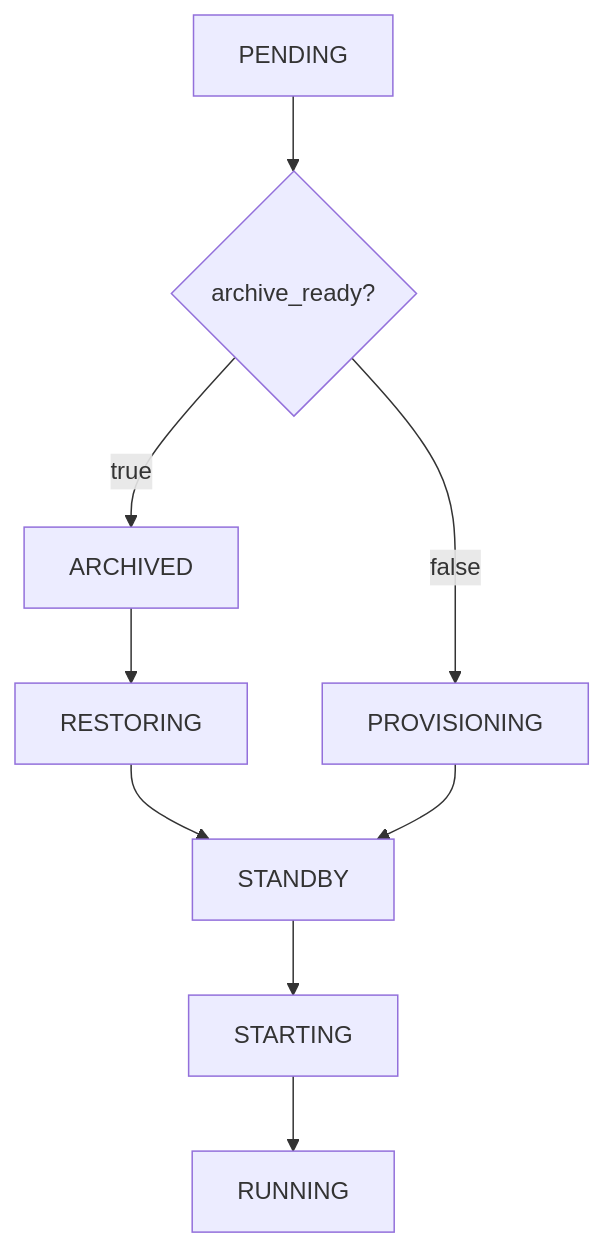
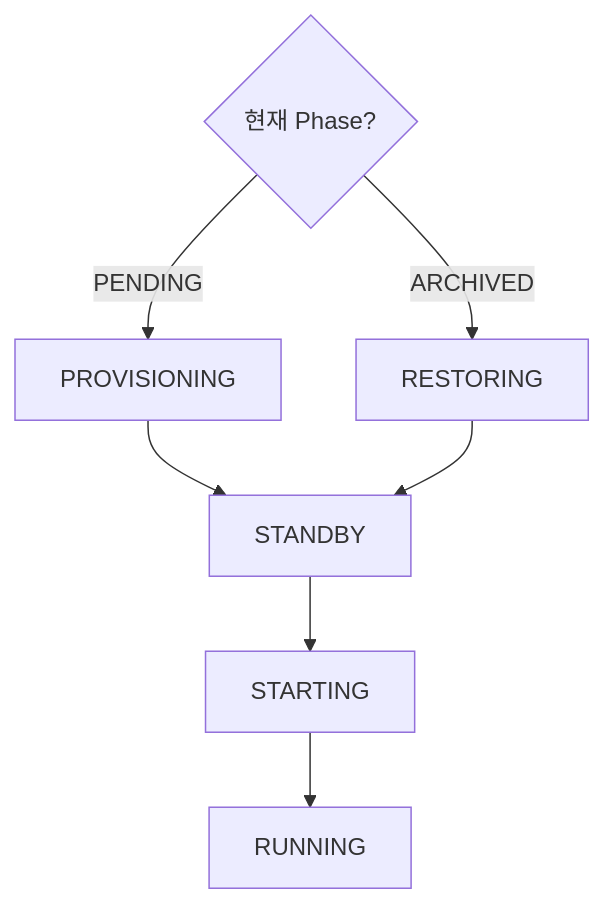
One commit to cagojeiger/code-hub changed the second of 7 diagrams in docs/spec_v2/02-states.md. Above: the diagram before and after it, drawn with Mermaid. The commit also changed other lines of this file and 21 other files, not shown here.

````diff
--- a/docs/spec_v2/02-states.md
+++ b/docs/spec_v2/02-states.md
@@ -135,11 +199,10 @@
 ```mermaid
 flowchart TD
-    P[PENDING] --> A{archive_ready?}
-    A -->|true| AR[ARCHIVED]
-    A -->|false| PR[PROVISIONING]
-    AR --> R[RESTORING]
-    R --> S[STANDBY]
-    PR --> S
+    D{현재 Phase?}
+    D -->|PENDING| PR[PROVISIONING]
+    D -->|ARCHIVED| R[RESTORING]
+    PR --> S[STANDBY]
+    R --> S
     S --> T[STARTING]
     T --> U[RUNNING]
 ```
````
